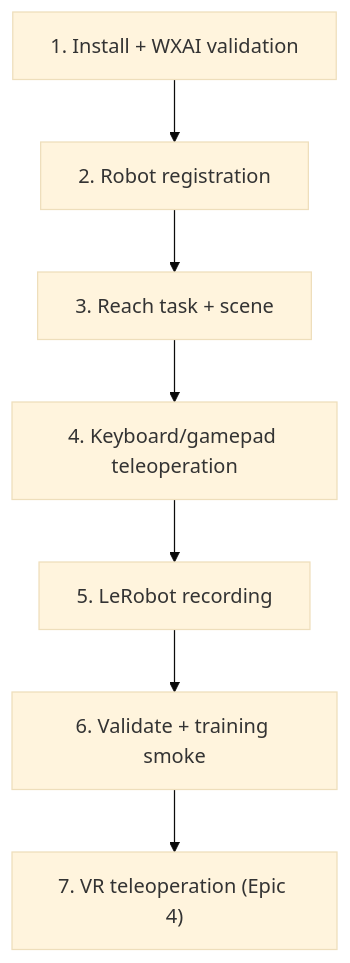
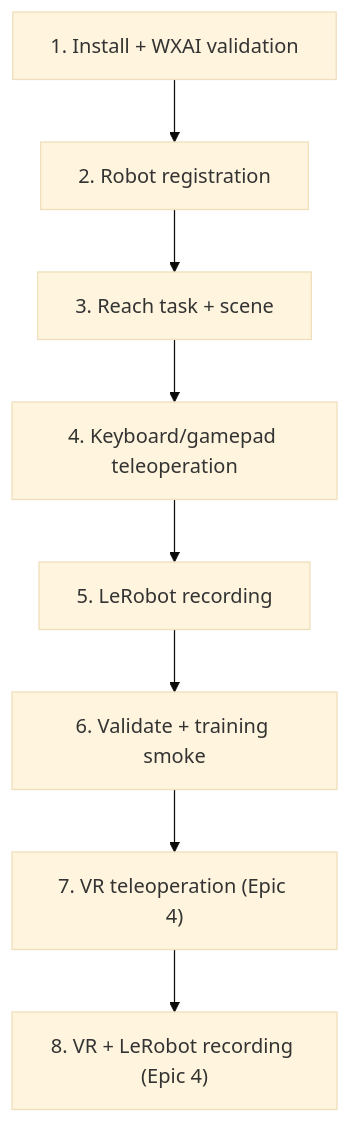
One commit to trossenmobileai/trossen_ai_isaac changed the second of 3 diagrams in docs/EPIC3_SIMULATION_TRAINING_PIPELINE.md. Above: the diagram before and after it, drawn with Mermaid (base theme). The commit also changed other lines of this file and 4 other files, not shown here.

````diff
--- a/docs/EPIC3_SIMULATION_TRAINING_PIPELINE.md
+++ b/docs/EPIC3_SIMULATION_TRAINING_PIPELINE.md
@@ -133,12 +134,13 @@
 ```mermaid
 flowchart TD
   S1["1. Install + WXAI validation"]
   S2["2. Robot registration"]
   S3["3. Reach task + scene"]
   S4["4. Keyboard/gamepad teleoperation"]
   S5["5. LeRobot recording"]
   S6["6. Validate + training smoke"]
   S7["7. VR teleoperation (Epic 4)"]
+  S8["8. VR + LeRobot recording (Epic 4)"]
 
-  S1 --> S2 --> S3 --> S4 --> S5 --> S6 --> S7
+  S1 --> S2 --> S3 --> S4 --> S5 --> S6 --> S7 --> S8
 ```
````
